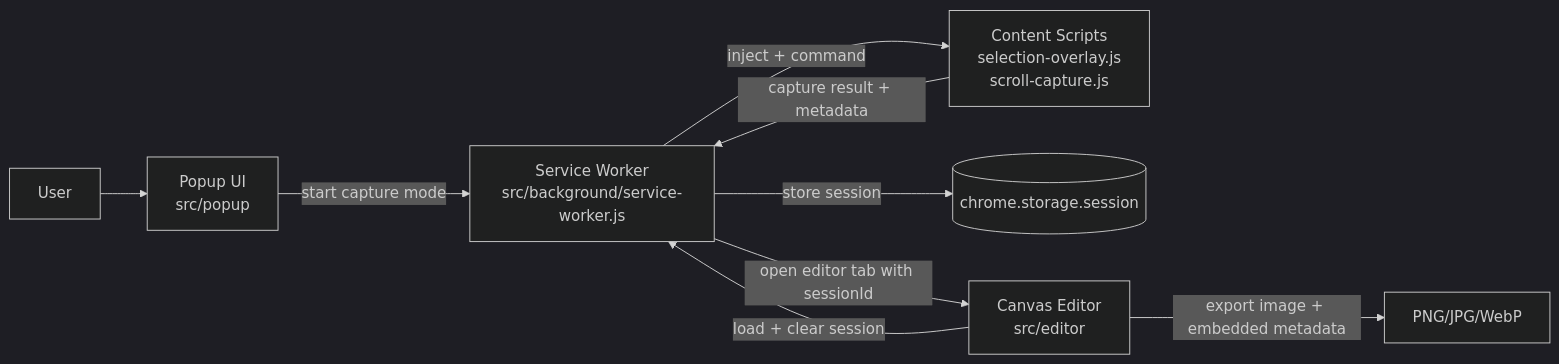
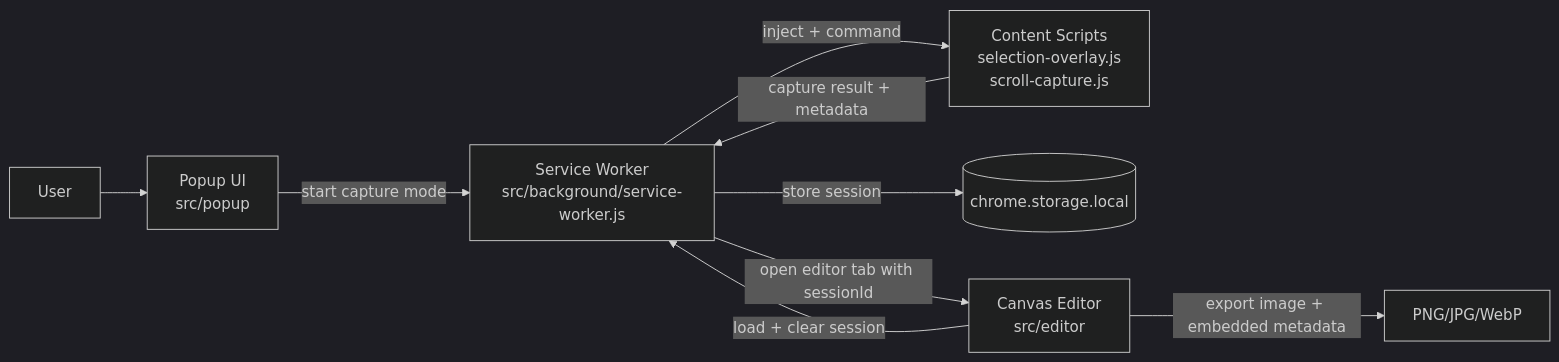
One commit to LynnColeArt/Screenship changed the first of 3 diagrams in README.md. Above: the diagram before and after it, drawn with Mermaid (dark theme). The commit also changed other lines of this file, not shown here.

````diff
--- a/README.md
+++ b/README.md
@@ -37,11 +39,11 @@
 ```mermaid
 flowchart LR
   U[User] --> P[Popup UI<br/>src/popup]
   P -->|start capture mode| B[Service Worker<br/>src/background/service-worker.js]
   B -->|inject + command| C[Content Scripts<br/>selection-overlay.js<br/>scroll-capture.js]
   C -->|capture result + metadata| B
-  B -->|store session| S[(chrome.storage.session)]
+  B -->|store session| S[(chrome.storage.local)]
   B -->|open editor tab with sessionId| E[Canvas Editor<br/>src/editor]
   E -->|load + clear session| B
   E -->|export image + embedded metadata| O[PNG/JPG/WebP]
 ```
````
